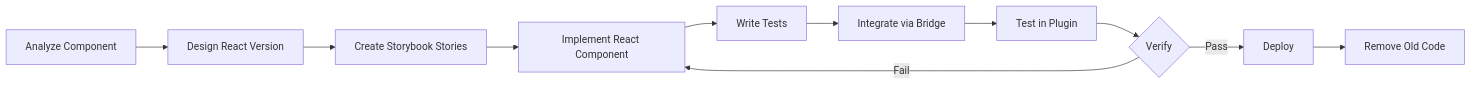
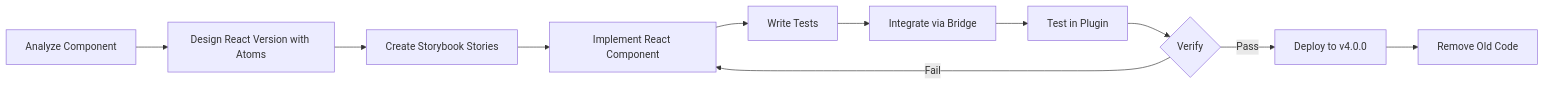
The second of 5 diagrams in docs/2025-10-13-react-migration-plan.md (olku-if-se/obsidian-tars), drawn with Mermaid before and after one commit. The commit also changed other lines of this file and 22 other files, not shown here.

````diff
--- a/docs/2025-10-13-react-migration-plan.md
+++ b/docs/2025-10-13-react-migration-plan.md
@@ -638,13 +869,13 @@
 ```mermaid
 graph LR
-    A[Analyze Component] --> B[Design React Version]
+    A[Analyze Component] --> B[Design React Version with Atoms]
     B --> C[Create Storybook Stories]
     C --> D[Implement React Component]
     D --> E[Write Tests]
     E --> F[Integrate via Bridge]
     F --> G[Test in Plugin]
     G --> H{Verify}
-    H -->|Pass| I[Deploy]
+    H -->|Pass| I[Deploy to v4.0.0]
     H -->|Fail| D
     I --> J[Remove Old Code]
 ```
````
